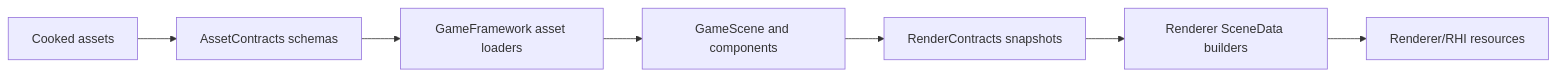
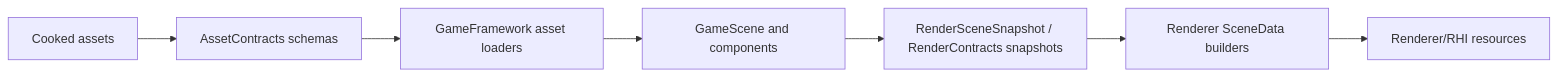
Before and after one commit to stoleckipawel/SparkleEngine: the diagram in docs/architecture/game-framework-contract.md, drawn with Mermaid. The commit also changed other lines of this file and 9 other files, not shown here.

````diff
--- a/docs/architecture/game-framework-contract.md
+++ b/docs/architecture/game-framework-contract.md
@@ -86,17 +87,17 @@
 ```mermaid
 flowchart LR
     Cooked[Cooked assets]
     AssetContracts[AssetContracts schemas]
     GameAssets[GameFramework asset loaders]
     Scene[GameScene and components]
-    Snapshot[RenderContracts snapshots]
+    Snapshot[RenderSceneSnapshot / RenderContracts snapshots]
     Renderer[Renderer SceneData builders]
     GPU[Renderer/RHI resources]
 
     Cooked --> AssetContracts
     AssetContracts --> GameAssets
     GameAssets --> Scene
     Scene --> Snapshot
     Snapshot --> Renderer
     Renderer --> GPU
 ```
````
